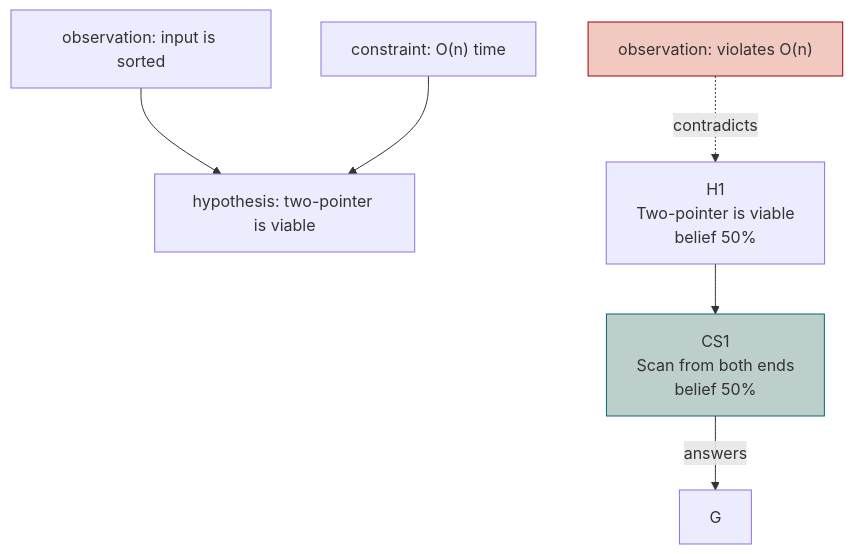
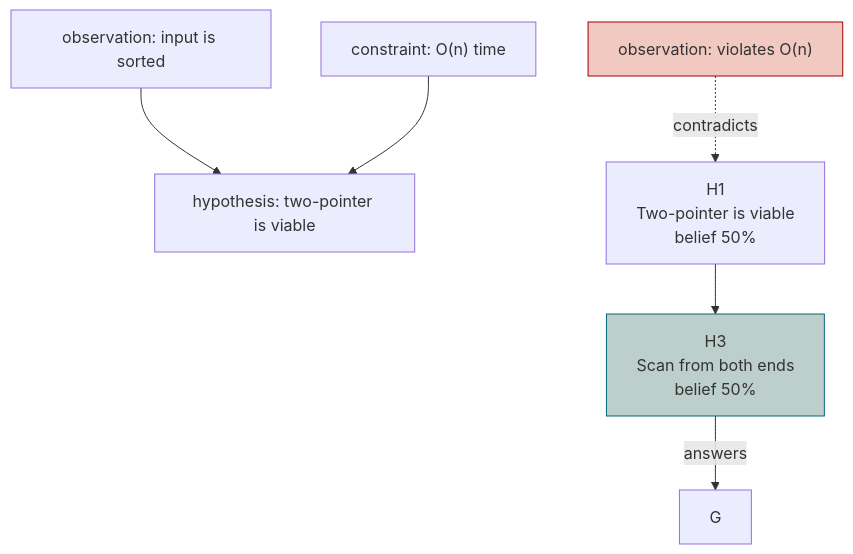
One commit to xian0x5a/reasoning-graph changed the diagram in skills/reasoning-graph/docs/rendering.md. Above: the diagram before and after it, drawn with Mermaid. The commit also changed other lines of this file and 4 other files, not shown here.

First line of the commit message:
fix: point a named non-candidate at its missing answers edge; reject a non-string answer_kind cleanly

````diff
--- a/skills/reasoning-graph/docs/rendering.md
+++ b/skills/reasoning-graph/docs/rendering.md
@@ -163,14 +163,14 @@
 ```mermaid
 flowchart TD
   O1["observation: input is sorted"] --> H2["hypothesis: two-pointer is viable"]
   C1["constraint: O(n) time"] --> H2
-  H1["H1<br/>Two-pointer is viable<br/>belief 50%"] --> CS1["CS1<br/>Scan from both ends<br/>belief 50%"]
-  CS1 -- answers --> G
+  H1["H1<br/>Two-pointer is viable<br/>belief 50%"] --> H3["H3<br/>Scan from both ends<br/>belief 50%"]
+  H3 -- answers --> G
   O2["observation: violates O(n)"] -. contradicts .-> H1
 
   classDef candidate fill:#bccfcb,stroke:#076678;
   classDef bad fill:#f2c9c0,stroke:#9d0006;
 
-  class CS1 candidate;
+  class H3 candidate;
   class O2 bad;
 ```
````
